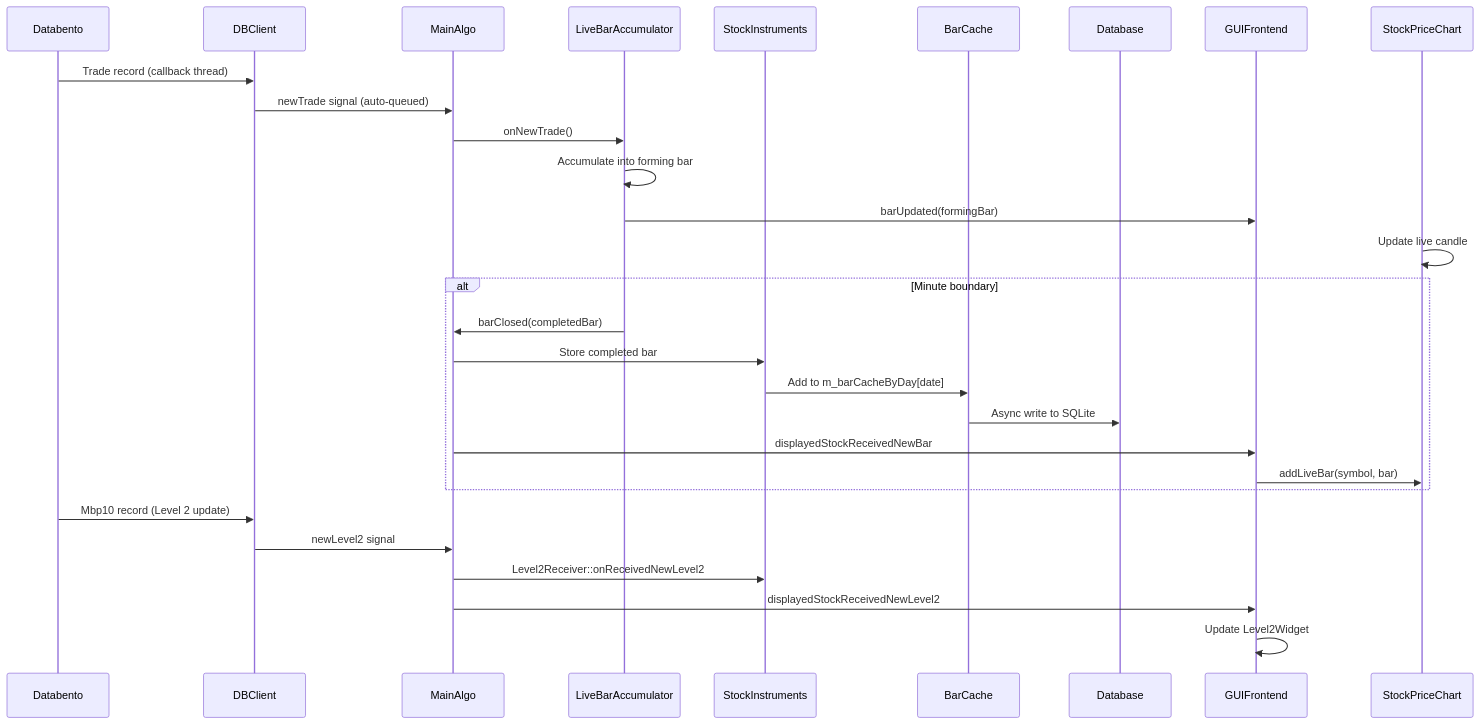
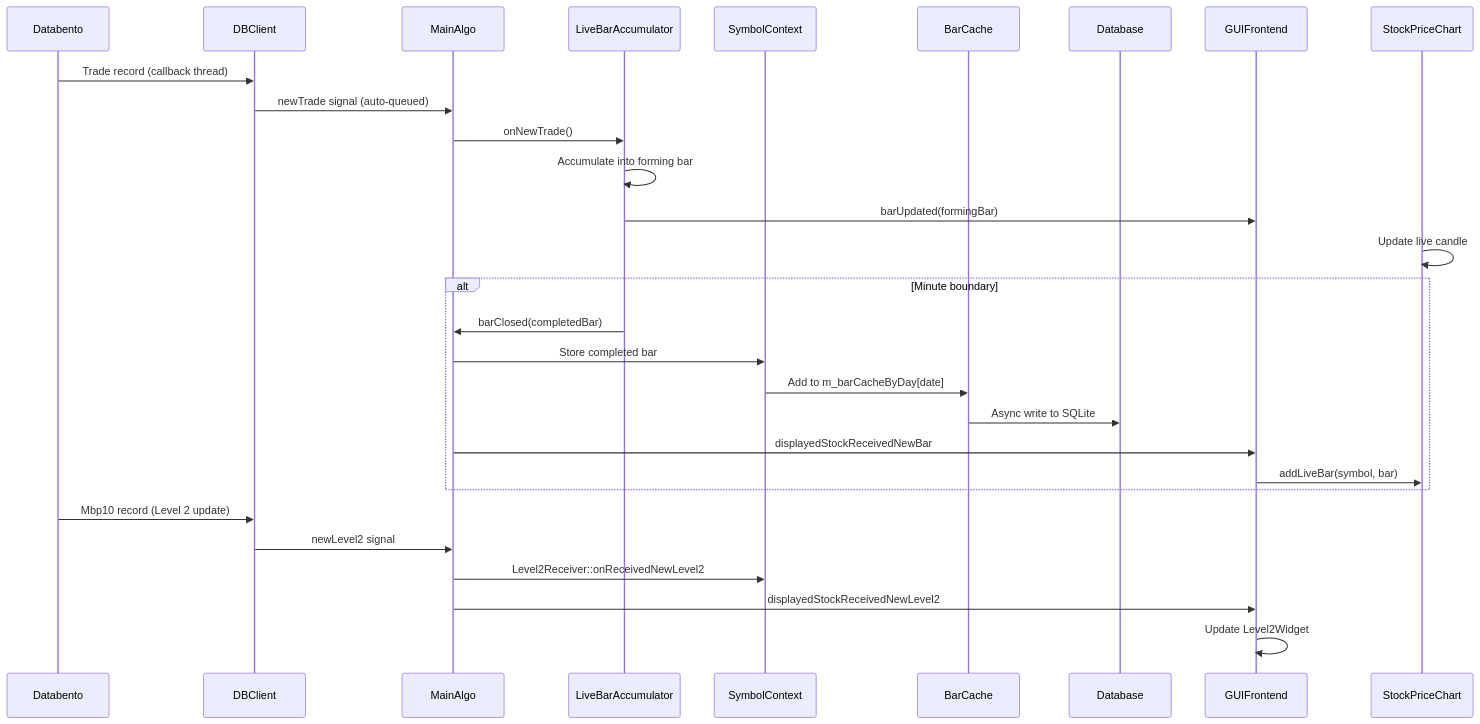
Before and after one commit to simonbeaudoin0935/OpenTraderPlatform: the third of 6 diagrams in Doc/ARCHITECTURE.md, drawn with Mermaid. The commit also changed other lines of this file and 15 other files, not shown here.

First line of the commit message:
Phase 1: rename StockInstruments → SymbolContext

````diff
--- a/Doc/ARCHITECTURE.md
+++ b/Doc/ARCHITECTURE.md
@@ -503,34 +503,34 @@
 ```mermaid
 sequenceDiagram
     participant Databento
     participant DBClient
     participant MainAlgo
     participant LiveBarAccumulator
-    participant StockInstruments
+    participant SymbolContext
     participant BarCache
     participant Database
     participant GUIFrontend
     participant StockPriceChart
 
     Databento->>DBClient: Trade record (callback thread)
     DBClient->>MainAlgo: newTrade signal (auto-queued)
     MainAlgo->>LiveBarAccumulator: onNewTrade()
     LiveBarAccumulator->>LiveBarAccumulator: Accumulate into forming bar
     LiveBarAccumulator->>GUIFrontend: barUpdated(formingBar)
     StockPriceChart->>StockPriceChart: Update live candle
 
     alt Minute boundary
         LiveBarAccumulator->>MainAlgo: barClosed(completedBar)
-        MainAlgo->>StockInstruments: Store completed bar
-        StockInstruments->>BarCache: Add to m_barCacheByDay[date]
+        MainAlgo->>SymbolContext: Store completed bar
+        SymbolContext->>BarCache: Add to m_barCacheByDay[date]
         BarCache->>Database: Async write to SQLite
         MainAlgo->>GUIFrontend: displayedStockReceivedNewBar
         GUIFrontend->>StockPriceChart: addLiveBar(symbol, bar)
     end
 
     Databento->>DBClient: Mbp10 record (Level 2 update)
     DBClient->>MainAlgo: newLevel2 signal
-    MainAlgo->>StockInstruments: Level2Receiver::onReceivedNewLevel2
+    MainAlgo->>SymbolContext: Level2Receiver::onReceivedNewLevel2
     MainAlgo->>GUIFrontend: displayedStockReceivedNewLevel2
     GUIFrontend->>GUIFrontend: Update Level2Widget
 ```
````
